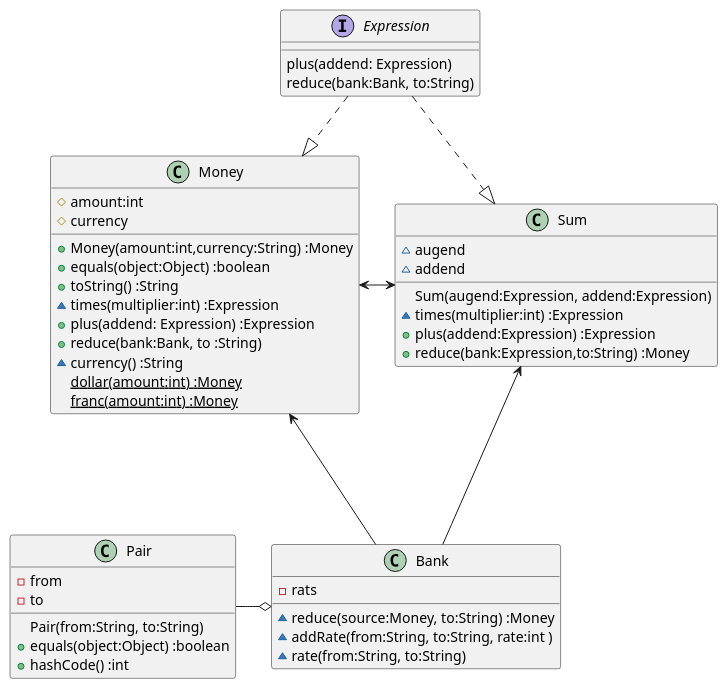
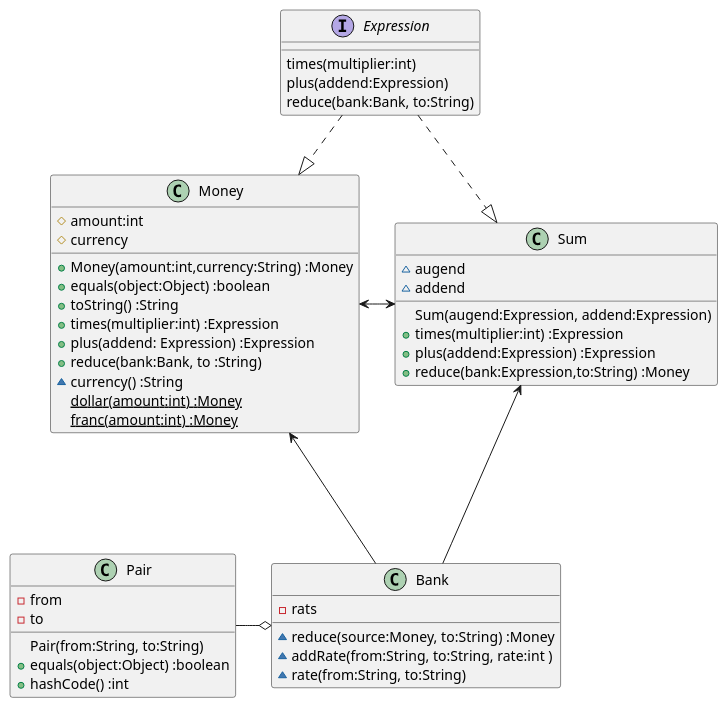
Before and after one commit to k2works/etude_for_java: the first of 2 diagrams in docs/src/TDD.md, drawn with PlantUML. The commit also changed 6 other files, not shown here.

````diff
--- a/docs/src/TDD.md
+++ b/docs/src/TDD.md
@@ -53,46 +53,47 @@
 ```puml
 interface Expression {
-  plus(addend: Expression)
+  times(multiplier:int)
+  plus(addend:Expression)
   reduce(bank:Bank, to:String)
 }
 class Money {
   #amount:int
   #currency  
   +Money(amount:int,currency:String) :Money
   +equals(object:Object) :boolean  
   +toString() :String
-  ~times(multiplier:int) :Expression
+  +times(multiplier:int) :Expression
   +plus(addend: Expression) :Expression
   +reduce(bank:Bank, to :String)      
   ~currency() :String
   {static} dollar(amount:int) :Money
   {static} franc(amount:int) :Money  
 }
 class Bank {
   -rats
   ~reduce(source:Money, to:String) :Money
   ~addRate(from:String, to:String, rate:int )
   ~rate(from:String, to:String)
 }
 class Sum {
   ~augend
   ~addend
   Sum(augend:Expression, addend:Expression)
-  ~times(multiplier:int) :Expression
+  +times(multiplier:int) :Expression
   +plus(addend:Expression) :Expression  
   +reduce(bank:Expression,to:String) :Money
 }
 class Pair {
   -from
   -to
   Pair(from:String, to:String)
   +equals(object:Object) :boolean
   +hashCode() :int
 }
 Expression ..|> Money
 Expression ..|> Sum
 Money <-> Sum
 Sum <--- Bank
 Money <--- Bank
 Bank o-l Pair
 ```
````
